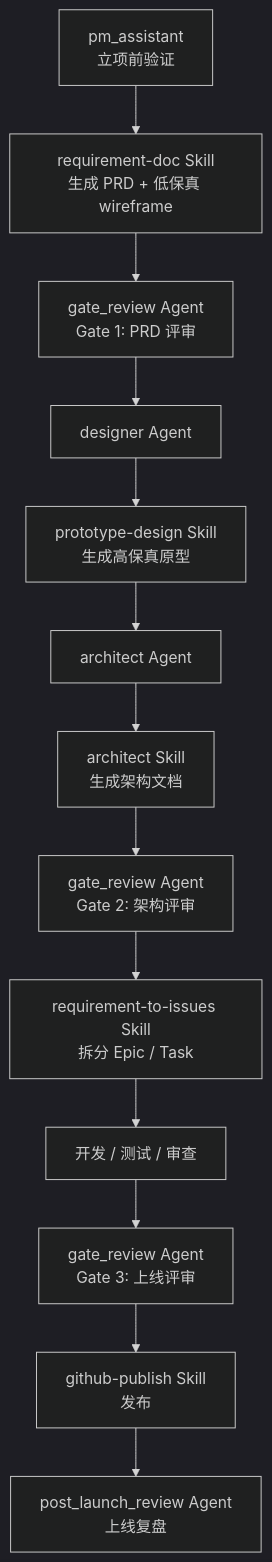
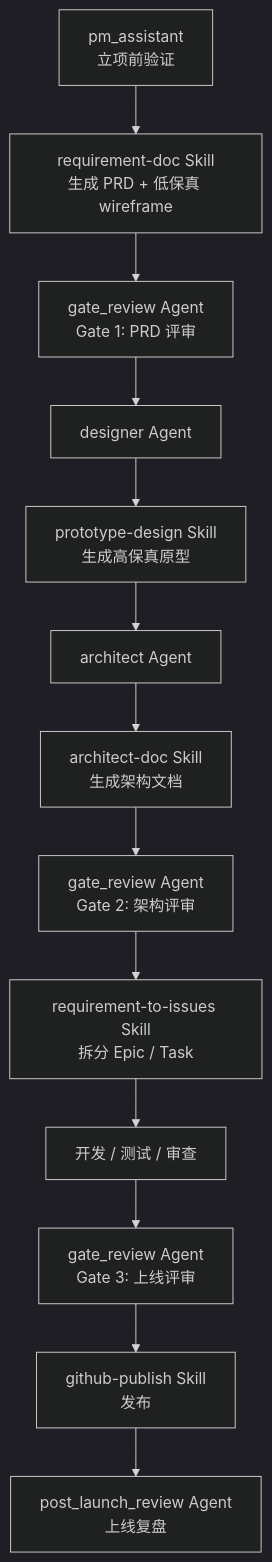
Before and after one commit to nickhou1983/PM-Project: the second of 4 diagrams in Hands-on/hands-on-guide.md, drawn with Mermaid (dark theme). The commit also changed other lines of this file and 13 other files, not shown here.

First line of the commit message:
refactor(skills): rename architect skill to architect-doc

````diff
--- a/Hands-on/hands-on-guide.md
+++ b/Hands-on/hands-on-guide.md
@@ -149,15 +149,15 @@
 ```mermaid
 flowchart TD
     A["pm_assistant<br/>立项前验证"] --> B["requirement-doc Skill<br/>生成 PRD + 低保真 wireframe"]
     B --> C["gate_review Agent<br/>Gate 1: PRD 评审"]
     C --> D["designer Agent"]
     D --> E["prototype-design Skill<br/>生成高保真原型"]
     E --> F["architect Agent"]
-    F --> G["architect Skill<br/>生成架构文档"]
+    F --> G["architect-doc Skill<br/>生成架构文档"]
     G --> H["gate_review Agent<br/>Gate 2: 架构评审"]
     H --> I["requirement-to-issues Skill<br/>拆分 Epic / Task"]
     I --> J["开发 / 测试 / 审查"]
     J --> K["gate_review Agent<br/>Gate 3: 上线评审"]
     K --> L["github-publish Skill<br/>发布"]
     L --> M["post_launch_review Agent<br/>上线复盘"]
 ```
````
